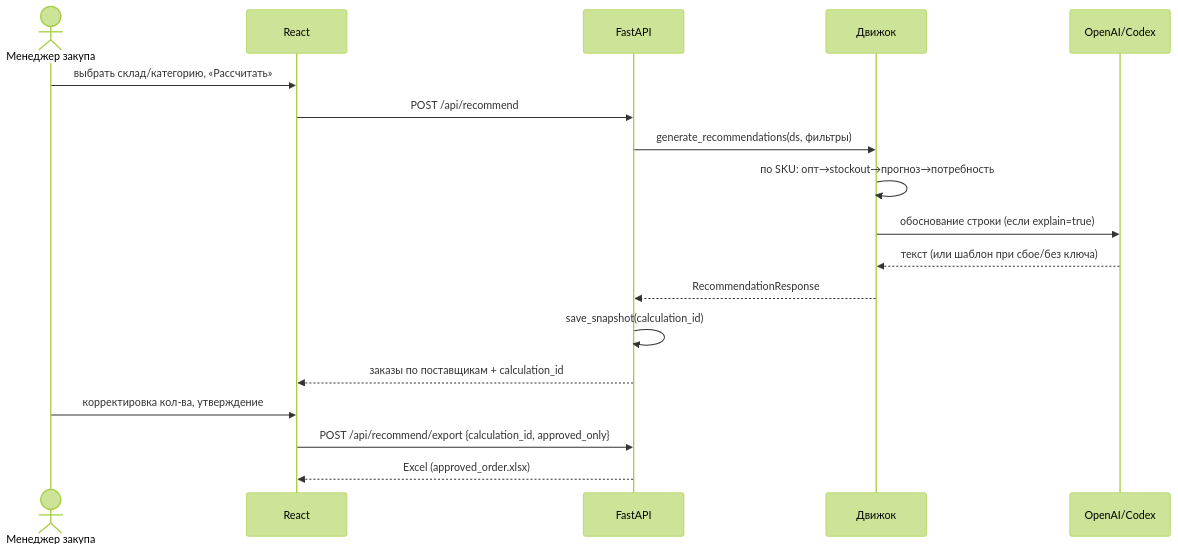
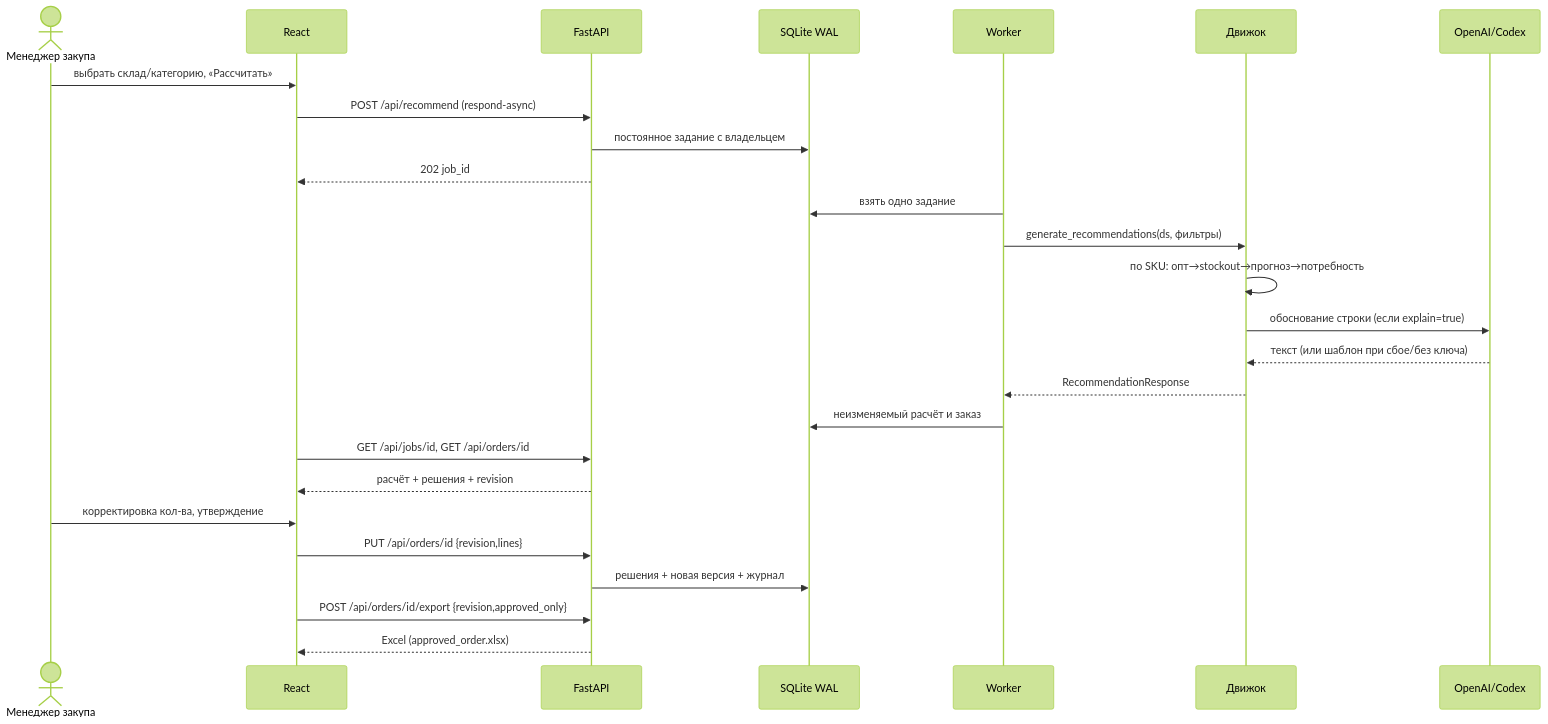
One commit to BAITC-Hacks/hack-a84ff6d0-hubtech changed the fourth of 5 diagrams in docs/АРХИТЕКТУРА.md. Above: the diagram before and after it, drawn with Mermaid (forest theme). The commit also changed other lines of this file and 84 other files, not shown here.

````diff
--- a/docs/АРХИТЕКТУРА.md
+++ b/docs/АРХИТЕКТУРА.md
@@ -169,20 +174,28 @@
 ```mermaid
 sequenceDiagram
     actor M as Менеджер закупа
     participant UI as React
     participant API as FastAPI
+    participant DB as SQLite WAL
+    participant W as Worker
     participant ENG as Движок
     participant LLM as OpenAI/Codex
     M->>UI: выбрать склад/категорию, «Рассчитать»
-    UI->>API: POST /api/recommend
-    API->>ENG: generate_recommendations(ds, фильтры)
+    UI->>API: POST /api/recommend (respond-async)
+    API->>DB: постоянное задание с владельцем
+    API-->>UI: 202 job_id
+    W->>DB: взять одно задание
+    W->>ENG: generate_recommendations(ds, фильтры)
     ENG->>ENG: по SKU: опт→stockout→прогноз→потребность
     ENG->>LLM: обоснование строки (если explain=true)
     LLM-->>ENG: текст (или шаблон при сбое/без ключа)
-    ENG-->>API: RecommendationResponse
-    API->>API: save_snapshot(calculation_id)
-    API-->>UI: заказы по поставщикам + calculation_id
+    ENG-->>W: RecommendationResponse
+    W->>DB: неизменяемый расчёт и заказ
+    UI->>API: GET /api/jobs/id, GET /api/orders/id
+    API-->>UI: расчёт + решения + revision
     M->>UI: корректировка кол-ва, утверждение
-    UI->>API: POST /api/recommend/export {calculation_id, approved_only}
+    UI->>API: PUT /api/orders/id {revision,lines}
+    API->>DB: решения + новая версия + журнал
+    UI->>API: POST /api/orders/id/export {revision,approved_only}
     API-->>UI: Excel (approved_order.xlsx)
 ```
````
